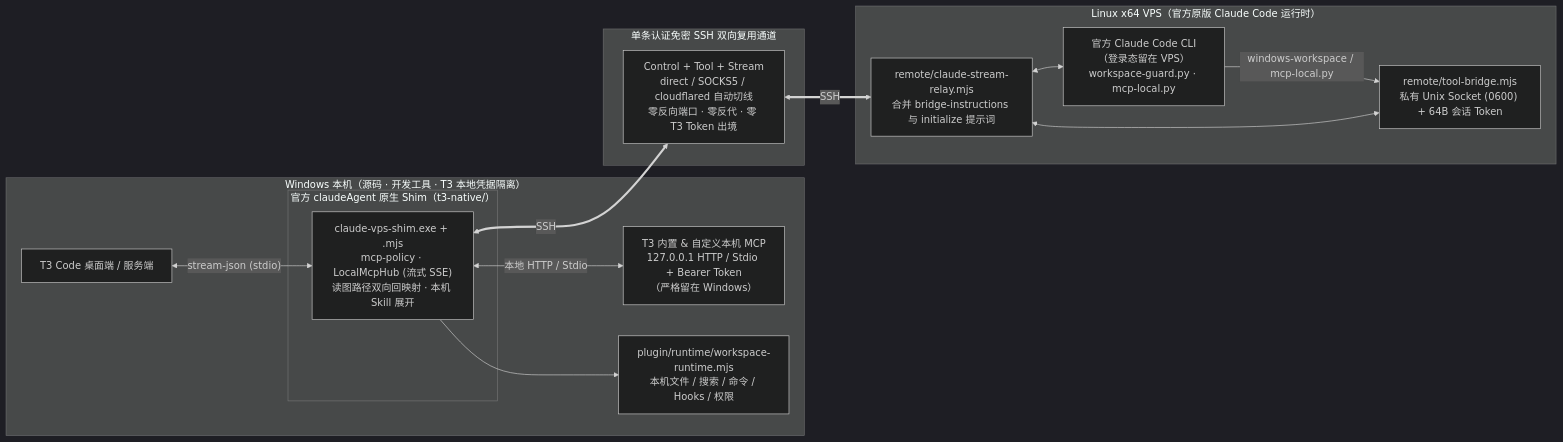
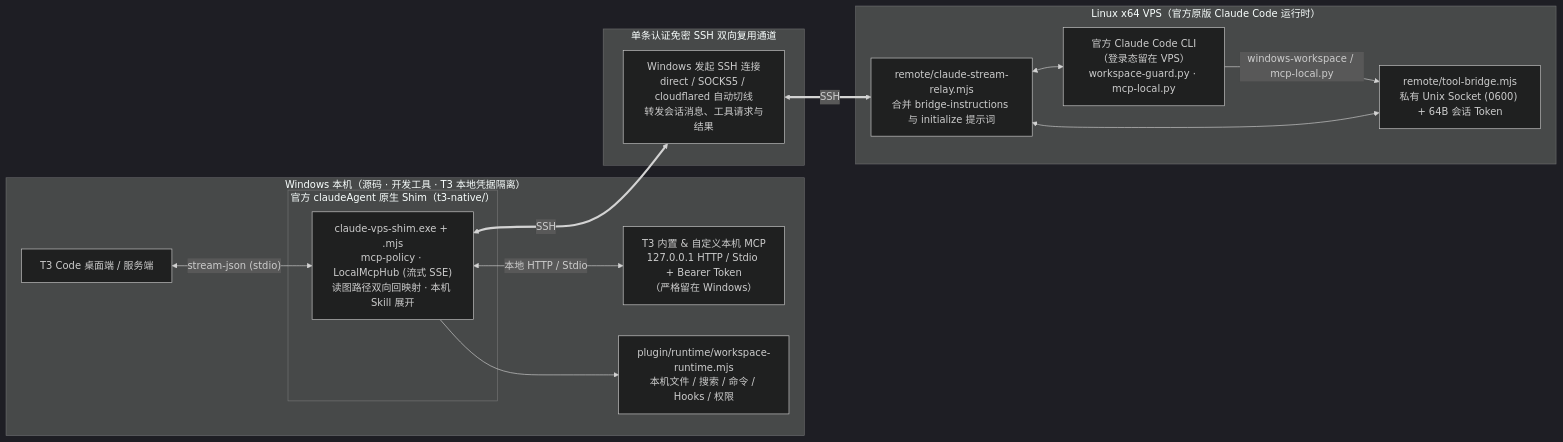
Before and after one commit to Barometer-2002/claude-vps-bridge: the diagram in docs/T3CODE.md, drawn with Mermaid (dark theme). The commit also changed other lines of this file and 7 other files, not shown here.

Commit message:
Describe the T3 Bridge connection and data flow

````diff
--- a/docs/T3CODE.md
+++ b/docs/T3CODE.md
@@ -28,34 +28,34 @@
 ```mermaid
 flowchart LR
     subgraph WIN["Windows 本机（源码 · 开发工具 · T3 本地凭据隔离）"]
         T3["T3 Code 桌面端 / 服务端"]
         T3MCP["T3 内置 & 自定义本机 MCP<br/>127.0.0.1 HTTP / Stdio + Bearer Token<br/>（严格留在 Windows）"]
 
         subgraph NATIVE["官方 claudeAgent 原生 Shim（t3-native/）"]
             SHIM["claude-vps-shim.exe + .mjs<br/>mcp-policy · LocalMcpHub (流式 SSE)<br/>读图路径双向回映射 · 本机 Skill 展开"]
         end
 
         WR["plugin/runtime/workspace-runtime.mjs<br/>本机文件 / 搜索 / 命令 / Hooks / 权限"]
 
         T3 <-->|"stream-json (stdio)"| SHIM
         SHIM <-->|"本地 HTTP / Stdio"| T3MCP
         SHIM --> WR
     end
 
     subgraph SSH["单条认证免密 SSH 双向复用通道"]
-        TUN["Control + Tool + Stream<br/>direct / SOCKS5 / cloudflared 自动切线<br/>零反向端口 · 零反代 · 零 T3 Token 出境"]
+        TUN["Windows 发起 SSH 连接<br/>direct / SOCKS5 / cloudflared 自动切线<br/>转发会话消息、工具请求与结果"]
     end
 
     subgraph VPS["Linux x64 VPS（官方原版 Claude Code 运行时）"]
         RELAY["remote/claude-stream-relay.mjs<br/>合并 bridge-instructions 与 initialize 提示词"]
         TB["remote/tool-bridge.mjs<br/>私有 Unix Socket (0600) + 64B 会话 Token"]
         CC["官方 Claude Code CLI（登录态留在 VPS）<br/>workspace-guard.py · mcp-local.py"]
 
         RELAY <--> CC
         CC -->|"windows-workspace / mcp-local.py"| TB
         TB <--> RELAY
     end
 
     SHIM <==>|"SSH"| TUN
     TUN <==>|"SSH"| RELAY
 ```
````
